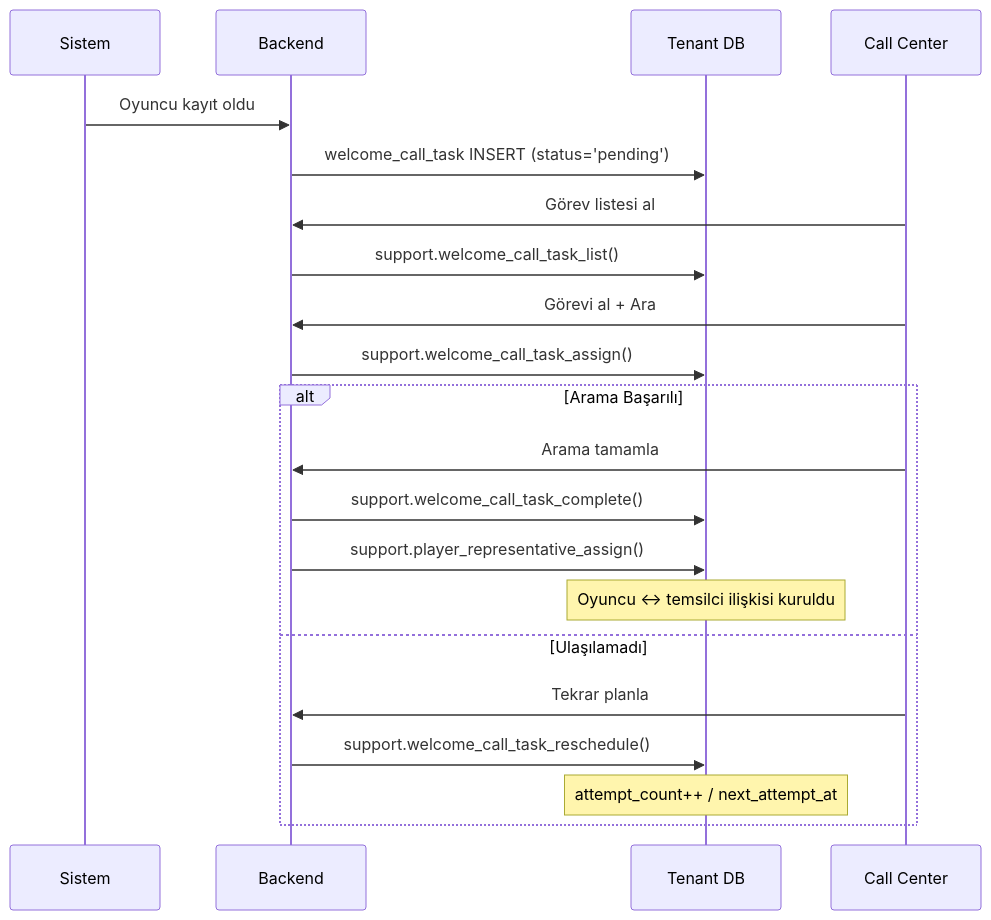
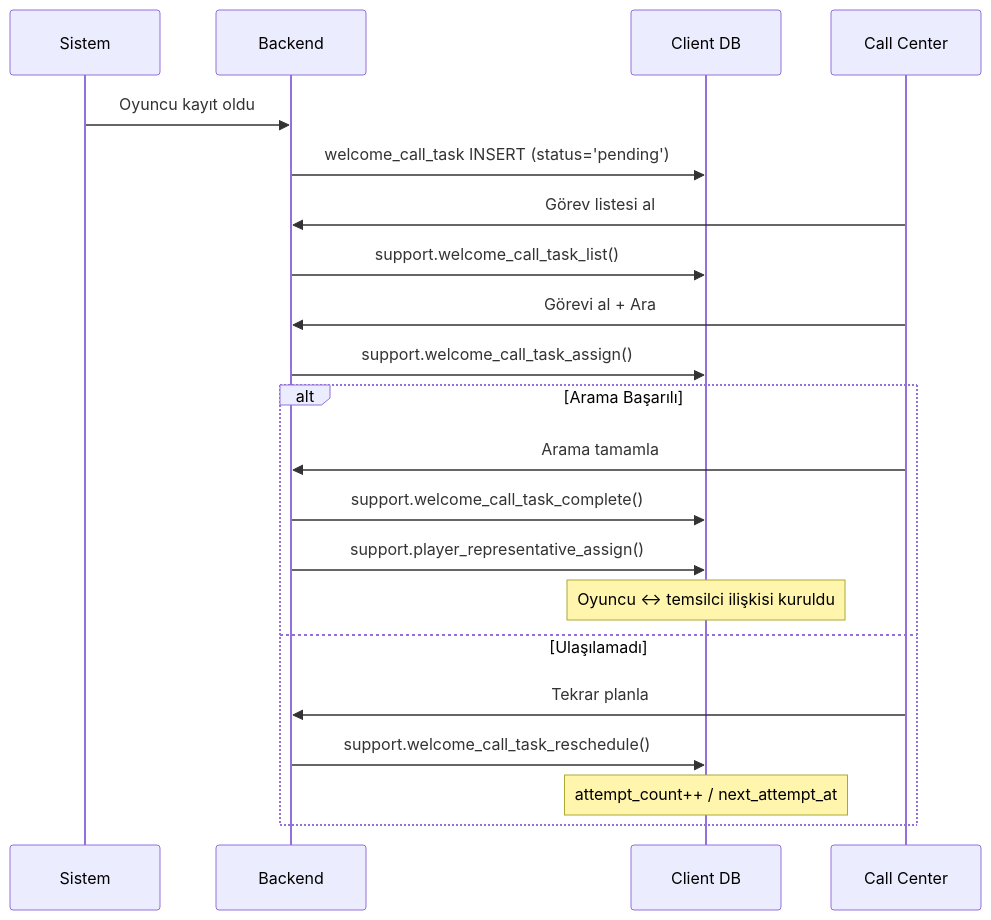
The third of 5 diagrams in .docs/guides/CALL_CENTER_GUIDE.md (frhtshn/One.DB), drawn with Mermaid before and after one commit. The commit also changed other lines of this file and 442 other files, not shown here.

First line of the commit message:
Nucleo → Sortis One ve tenant → client içerik güncellemeleri

````diff
--- a/.docs/guides/CALL_CENTER_GUIDE.md
+++ b/.docs/guides/CALL_CENTER_GUIDE.md
@@ -97,27 +97,27 @@
 ```mermaid
 sequenceDiagram
     participant SYS as Sistem
     participant BE as Backend
-    participant TENANT as Tenant DB
+    participant CLIENT as Client DB
     participant CC as Call Center
 
     SYS->>BE: Oyuncu kayıt oldu
-    BE->>TENANT: welcome_call_task INSERT (status='pending')
+    BE->>CLIENT: welcome_call_task INSERT (status='pending')
 
     CC->>BE: Görev listesi al
-    BE->>TENANT: support.welcome_call_task_list()
+    BE->>CLIENT: support.welcome_call_task_list()
 
     CC->>BE: Görevi al + Ara
-    BE->>TENANT: support.welcome_call_task_assign()
+    BE->>CLIENT: support.welcome_call_task_assign()
 
     alt Arama Başarılı
         CC->>BE: Arama tamamla
-        BE->>TENANT: support.welcome_call_task_complete()
-        BE->>TENANT: support.player_representative_assign()
-        Note over TENANT: Oyuncu ↔ temsilci ilişkisi kuruldu
+        BE->>CLIENT: support.welcome_call_task_complete()
+        BE->>CLIENT: support.player_representative_assign()
+        Note over CLIENT: Oyuncu ↔ temsilci ilişkisi kuruldu
     else Ulaşılamadı
         CC->>BE: Tekrar planla
-        BE->>TENANT: support.welcome_call_task_reschedule()
-        Note over TENANT: attempt_count++ / next_attempt_at
+        BE->>CLIENT: support.welcome_call_task_reschedule()
+        Note over CLIENT: attempt_count++ / next_attempt_at
     end
 ```
````
